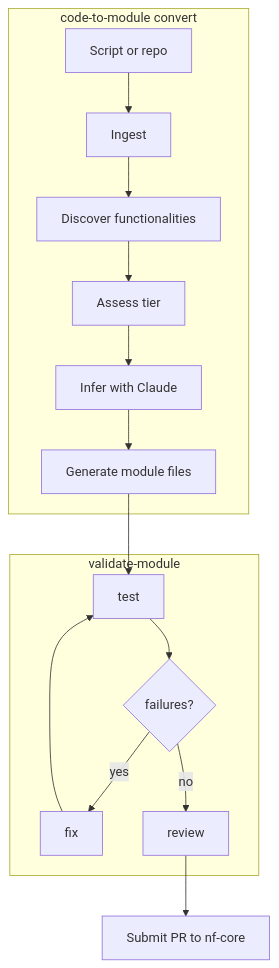
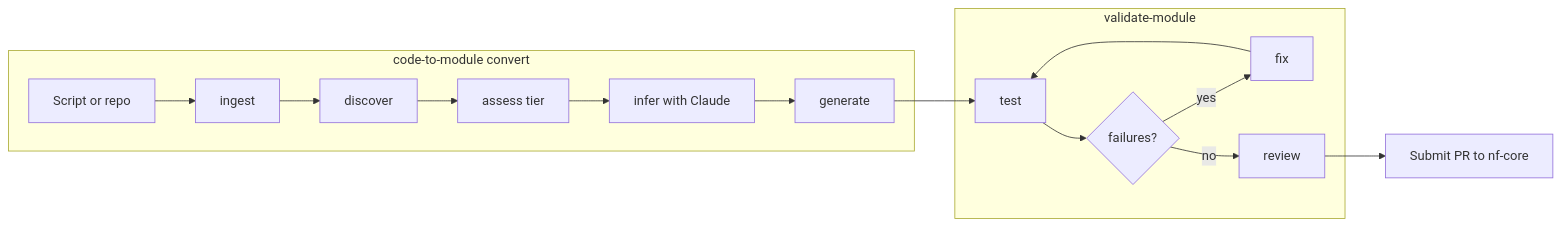
Before and after one commit to svigneau/code-to-module: the diagram in docs/index.md, drawn with Mermaid. The commit also changed 2 other files, not shown here.

Commit message:
docs: harmonise pipeline diagrams across index and architecture pages
- index.md: TD → LR with subgraphs; node labels lowercased to match
  module names (ingest, discover, assess, infer, generate)
- architecture.md: flat LR → TD with subgraphs covering both convert
  and validate-module pipelines; retains branching decision node
- known-limitations.md: fix stale link development-tutorial.md → architecture.md

````diff
--- a/docs/index.md
+++ b/docs/index.md
@@ -27,20 +27,20 @@
 ```mermaid
-flowchart TD
+flowchart LR
     subgraph pipeline ["code-to-module convert"]
-        A[Script or repo] --> B[Ingest]
-        B --> C[Discover functionalities]
-        C --> D[Assess tier]
-        D --> E[Infer with Claude]
-        E --> F[Generate module files]
+        A[Script or repo] --> B[ingest]
+        B --> C[discover]
+        C --> D[assess tier]
+        D --> E[infer with Claude]
+        E --> F[generate]
     end
 
     subgraph validate ["validate-module"]
         G[test] --> H{failures?}
         H -- yes --> I[fix]
         I --> G
         H -- no --> J[review]
     end
 
     F --> G
     J --> K[Submit PR to nf-core]
 ```
````
